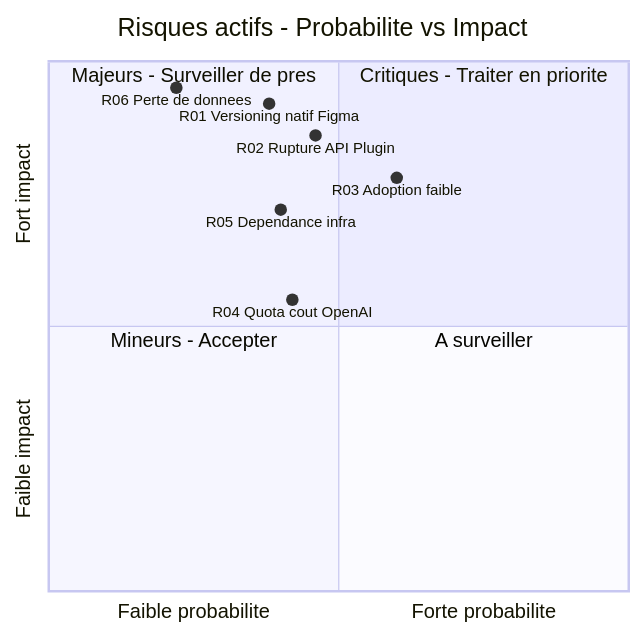
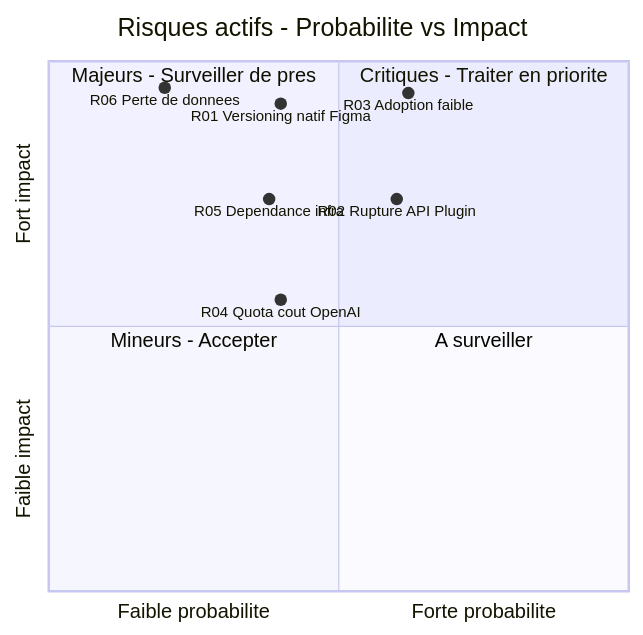
One commit to Hardi99/design-guardian changed the first of 2 diagrams in docs/BC01/04-risques.md. Above: the diagram before and after it, drawn with Mermaid. The commit also changed other lines of this file and 1 other file, not shown here.

Commit message:
fix(BC01): spread risk points to unique cells (no overlap)
R01/R02 both sat on (2,5) and overlapped. Reassigned to distinct
cells: R02 -> (3,4) justified by real exportAsync API break, R03
adoption -> (3,5) = top risk (15). All 6 risks now occupy unique
coordinates in the scatter / quadrant chart.

````diff
--- a/docs/BC01/04-risques.md
+++ b/docs/BC01/04-risques.md
@@ -5,16 +5,16 @@
 ```mermaid
 quadrantChart
     title Risques actifs - Probabilite vs Impact
     x-axis Faible probabilite --> Forte probabilite
     y-axis Faible impact --> Fort impact
     quadrant-1 Critiques - Traiter en priorite
     quadrant-2 Majeurs - Surveiller de pres
     quadrant-3 Mineurs - Accepter
     quadrant-4 A surveiller
-    R01 Versioning natif Figma: [0.38, 0.92]
-    R02 Rupture API Plugin: [0.46, 0.86]
-    R03 Adoption faible: [0.60, 0.78]
-    R05 Dependance infra: [0.40, 0.72]
-    R04 Quota cout OpenAI: [0.42, 0.55]
-    R06 Perte de donnees: [0.22, 0.95]
+    R03 Adoption faible: [0.62, 0.94]
+    R01 Versioning natif Figma: [0.40, 0.92]
+    R02 Rupture API Plugin: [0.60, 0.74]
+    R05 Dependance infra: [0.38, 0.74]
+    R04 Quota cout OpenAI: [0.40, 0.55]
+    R06 Perte de donnees: [0.20, 0.95]
 ```
````
